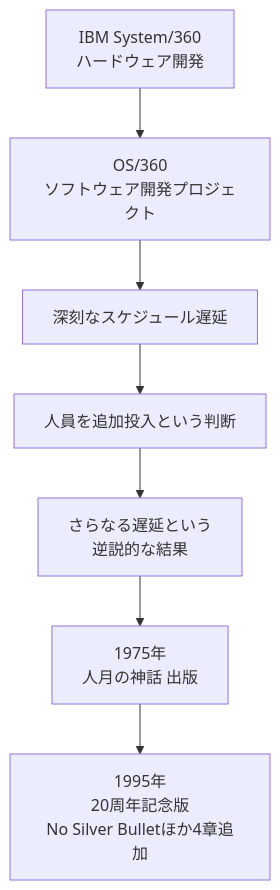
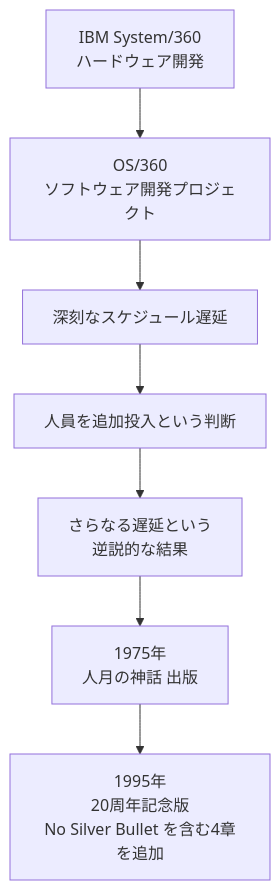
The first of 6 diagrams in Mythical-man-month-guide.md (myoshi2891/Management-Team-Building-Studies), drawn with Mermaid before and after one commit. The commit also changed other lines of this file and 2 other files, not shown here.

````diff
--- a/Mythical-man-month-guide.md
+++ b/Mythical-man-month-guide.md
@@ -33,9 +33,9 @@
 ```mermaid
 flowchart TB
     A["IBM System/360<br/>ハードウェア開発"] --> B["OS/360<br/>ソフトウェア開発プロジェクト"]
     B --> C["深刻なスケジュール遅延"]
     C --> D["人員を追加投入という判断"]
     D --> E["さらなる遅延という<br/>逆説的な結果"]
     E --> F["1975年<br/>人月の神話 出版"]
-    F --> G["1995年<br/>20周年記念版<br/>No Silver Bulletほか4章追加"]
+    F --> G["1995年<br/>20周年記念版<br/>No Silver Bullet を含む4章を追加"]
 ```
````
